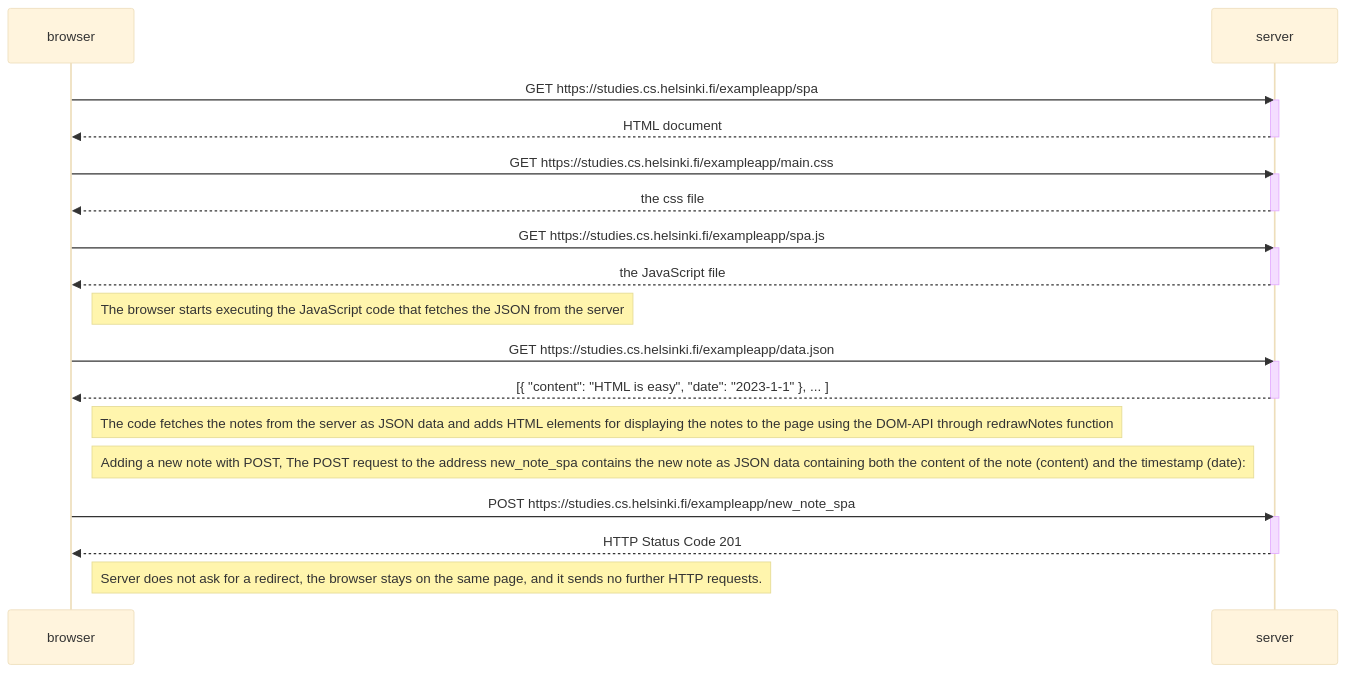
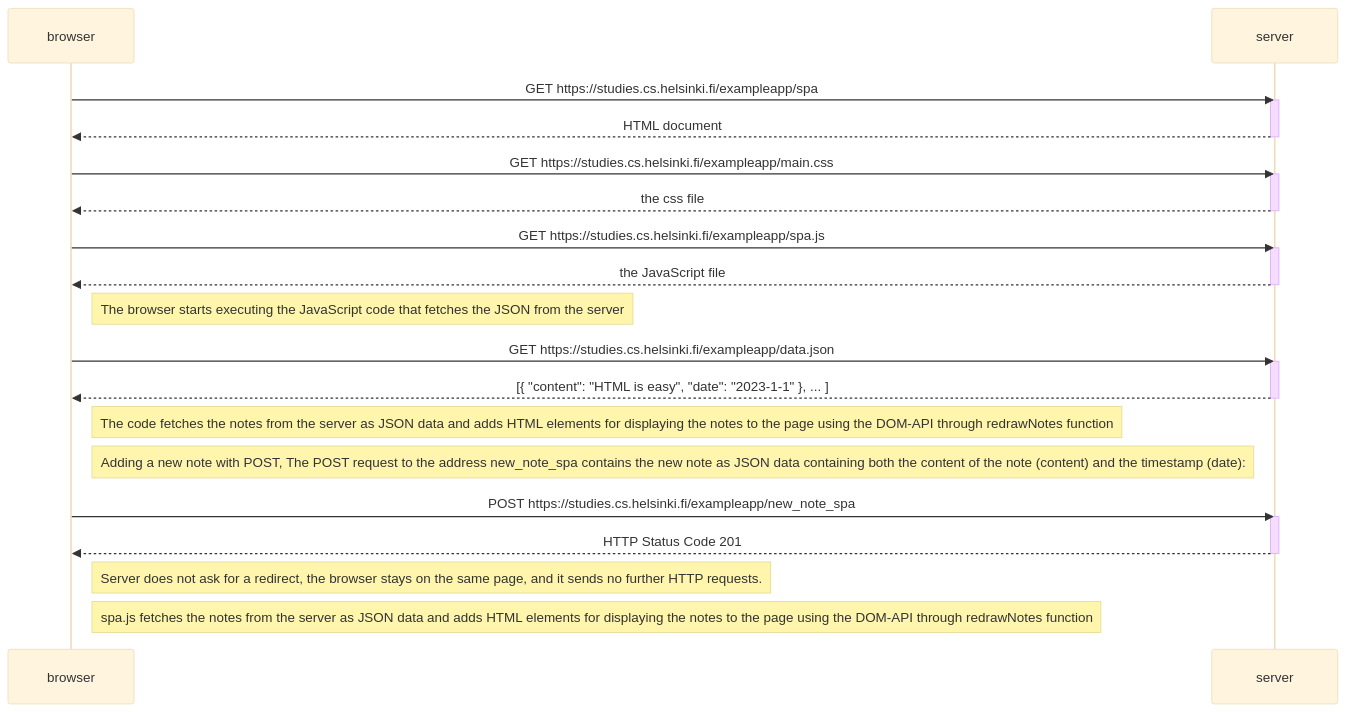
The diagram in 0.6.md (mmarhalim/part0), drawn with Mermaid (base theme) before and after one commit.

````diff
--- a/0.6.md
+++ b/0.6.md
@@ -1,37 +1,40 @@
 ```mermaid
 sequenceDiagram
     participant browser
     participant server
 
     browser->>server: GET https://studies.cs.helsinki.fi/exampleapp/spa
     activate server
     server-->>browser: HTML document
     deactivate server
 
     browser->>server: GET https://studies.cs.helsinki.fi/exampleapp/main.css
     activate server
     server-->>browser: the css file
     deactivate server
 
     browser->>server: GET https://studies.cs.helsinki.fi/exampleapp/spa.js
     activate server
     server-->>browser: the JavaScript file
     deactivate server
 
     Note right of browser: The browser starts executing the JavaScript code that fetches the JSON from the server
 
     browser->>server: GET https://studies.cs.helsinki.fi/exampleapp/data.json
     activate server
     server-->>browser: [{ "content": "HTML is easy", "date": "2023-1-1" }, ... ]
     deactivate server
 
     Note right of browser: The code fetches the notes from the server as JSON data and adds HTML elements for displaying the notes to the page using the DOM-API through redrawNotes function
 
     Note right of browser: Adding a new note with POST, The POST request to the address new_note_spa contains the new note as JSON data containing both the content of the note (content) and the timestamp (date):
 
     browser->>server: POST https://studies.cs.helsinki.fi/exampleapp/new_note_spa
     activate server
     server-->>browser: HTTP Status Code 201
     deactivate server
-     Note right of browser: Server does not ask for a redirect, the browser stays on the same page, and it sends no further HTTP requests.
+     
+    Note right of browser: Server does not ask for a redirect, the browser stays on the same page, and it sends no further HTTP requests.
+
+    Note right of browser: spa.js fetches the notes from the server as JSON data and adds HTML elements for displaying the notes to the page using the DOM-API through redrawNotes function
 ```
````
